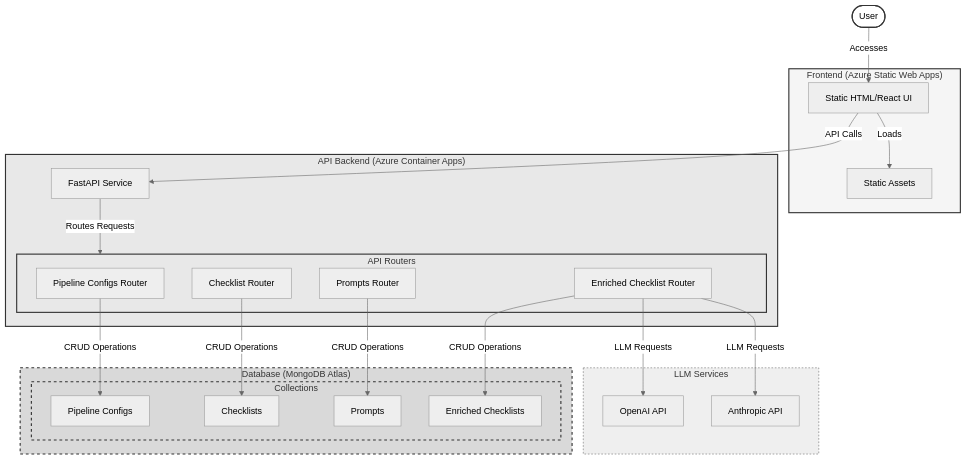
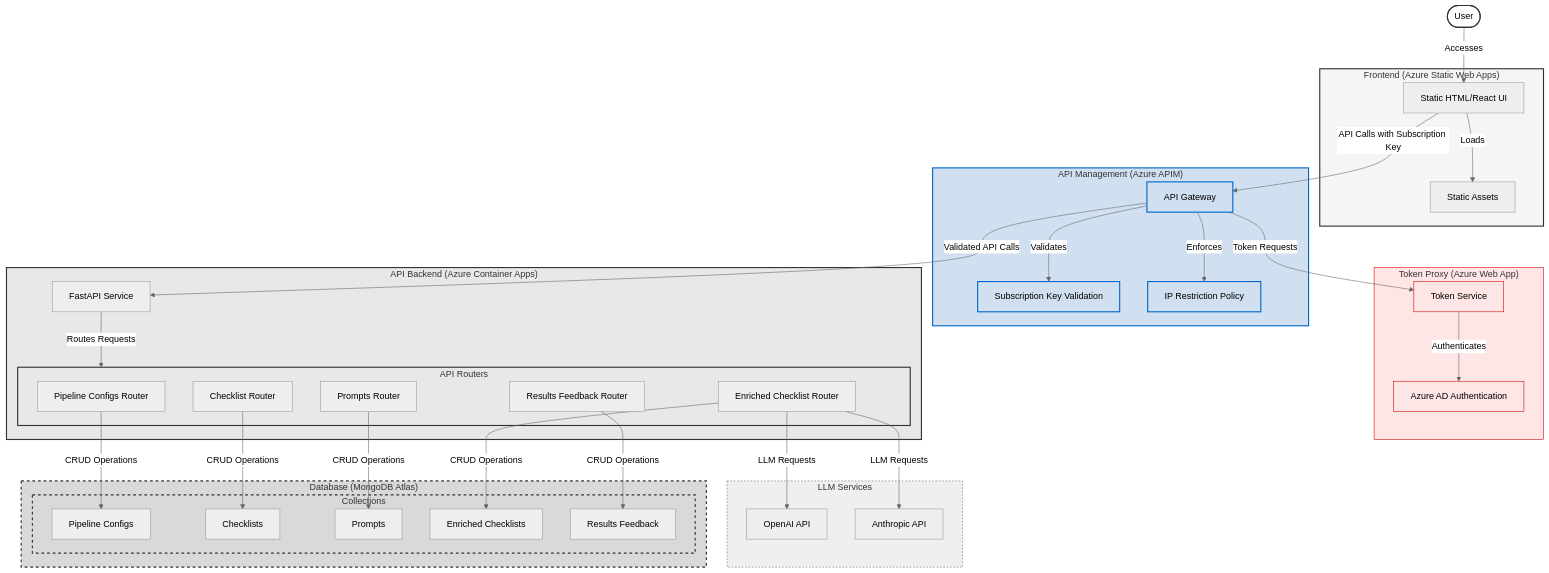
The second of 3 diagrams in docs/architecture_diagram.md (Vaikuttava-Yritys/dmp-analyser-frontend), drawn with Mermaid (neutral theme) before and after one commit. The commit also changed other lines of this file, not shown here.

Commit message:
docs: add system architecture diagrams with C4, flowchart and sequence models

```diff
--- a/docs/architecture_diagram.md
+++ b/docs/architecture_diagram.md
@@ -41,6 +47,17 @@
         StaticAssets[Static Assets]
     end
     
+    subgraph APIM["API Management (Azure APIM)"]
+        Gateway[API Gateway]
+        SubscriptionKey[Subscription Key Validation]
+        IPRestriction[IP Restriction Policy]
+    end
+    
+    subgraph TokenProxy["Token Proxy (Azure Web App)"]
+        TokenService[Token Service]
+        AzureADAuth[Azure AD Authentication]
+    end
+    
     subgraph API["API Backend (Azure Container Apps)"]
         FastAPI[FastAPI Service]
         subgraph Routers["API Routers"]
@@ -48,6 +65,7 @@
             ChecklistRouter[Checklist Router]
             PromptsRouter[Prompts Router]
             EnrichedChecklistRouter[Enriched Checklist Router]
+            ResultsFeedbackRouter[Results Feedback Router]
         end
     end
     
@@ -58,6 +76,7 @@
             Checklists[Checklists]
             Prompts[Prompts]
             EnrichedChecklists[Enriched Checklists]
+            ResultsFeedback[Results Feedback]
         end
     end
     
@@ -69,13 +88,21 @@
     %% Define the connections
     User -->|Accesses| UI
     UI -->|Loads| StaticAssets
-    UI -->|API Calls| FastAPI
+    UI -->|API Calls with Subscription Key| Gateway
+    
+    Gateway -->|Validates| SubscriptionKey
+    Gateway -->|Enforces| IPRestriction
+    Gateway -->|Token Requests| TokenService
+    Gateway -->|Validated API Calls| FastAPI
+    
+    TokenService -->|Authenticates| AzureADAuth
     
     FastAPI -->|Routes Requests| Routers
     PipelineRouter -->|CRUD Operations| PipelineConfigs
     ChecklistRouter -->|CRUD Operations| Checklists
     PromptsRouter -->|CRUD Operations| Prompts
     EnrichedChecklistRouter -->|CRUD Operations| EnrichedChecklists
+    ResultsFeedbackRouter -->|CRUD Operations| ResultsFeedback
     
     EnrichedChecklistRouter -->|LLM Requests| OpenAI
     EnrichedChecklistRouter -->|LLM Requests| Anthropic
@@ -83,12 +110,16 @@
     %% Styling - User-friendly Grayscale with Patterns
     classDef frontend fill:#f5f5f5,stroke:#333,stroke-width:2px,stroke-dasharray: 0
     classDef api fill:#e8e8e8,stroke:#333,stroke-width:2px,stroke-dasharray: 0
+    classDef apim fill:#d0e0f0,stroke:#0066cc,stroke-width:2px,stroke-dasharray: 0
     classDef database fill:#d9d9d9,stroke:#333,stroke-width:2px,stroke-dasharray: 5 5
     classDef llm fill:#efefef,stroke:#666,stroke-width:1px,stroke-dasharray: 3 3
     classDef user fill:white,stroke:#333,stroke-width:2px
+    classDef security fill:#ffe6e6,stroke:#cc0000,stroke-width:1px,stroke-dasharray: 0
     
     class Frontend frontend
     class API,Routers api
+    class APIM,Gateway,SubscriptionKey,IPRestriction apim
+    class TokenProxy,TokenService,AzureADAuth security
     class Database,Collections database
     class LLMServices llm
     class User user
```
